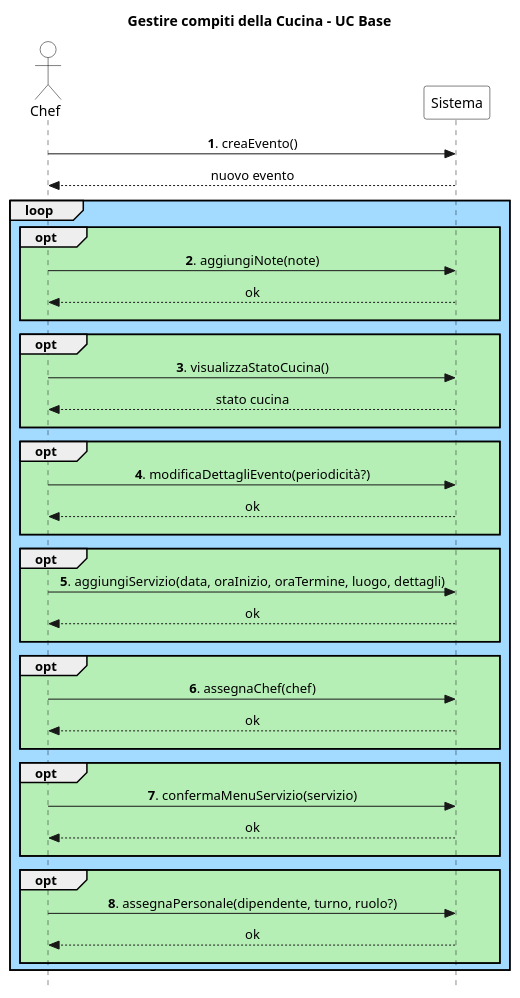
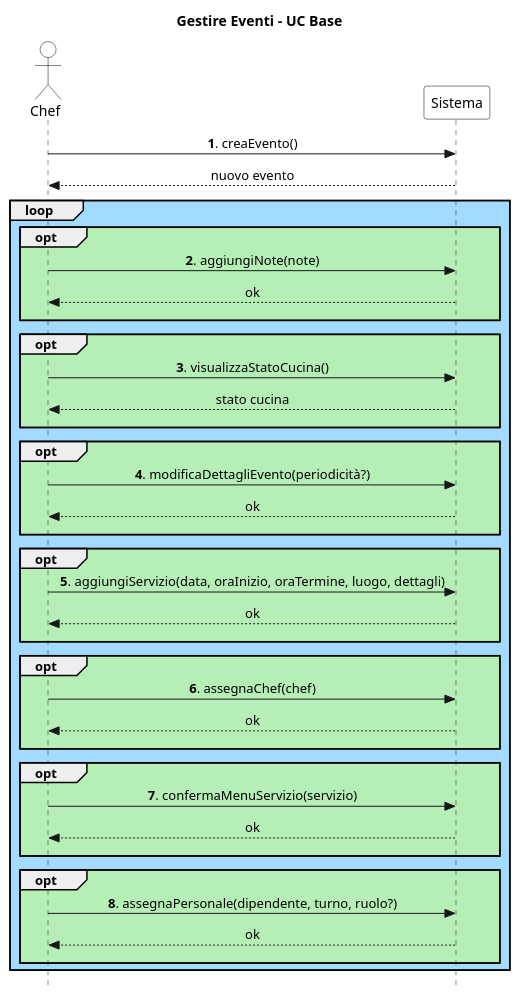
One commit to stefa168/sas-project changed the diagram in UP/Requisiti/UC Gestire Eventi/SSD/Base.puml. Above: the diagram before and after it, drawn with PlantUML. The commit also changed 5 other files, not shown here.

```diff
--- a/UP/Requisiti/UC Gestire Eventi/SSD/Base.puml
+++ b/UP/Requisiti/UC Gestire Eventi/SSD/Base.puml
@@ -1,63 +1,63 @@
 @startuml
 skinparam Style strictuml
 skinparam SequenceMessageAlign center
 
 skinparam sequence {
     ActorBorderColor Black
     ActorBackgroundColor White
     ParticipantBorderColor Black
     ParticipantBackgroundColor White
 }
 
 actor Chef
 participant Sistema
 
-title Gestire compiti della Cucina - UC Base
+title Gestire Eventi - UC Base
 
 Chef -> Sistema: **1**. creaEvento()
 return nuovo evento
 
 loop #a3daff
     opt #b6efb6
         Chef -> Sistema: **2**. aggiungiNote(note)
         return ok
         ||10||
     end
 
     opt #b6efb6
         Chef -> Sistema: **3**. visualizzaStatoCucina()
         return stato cucina
         ||10||
     end
 
     opt #b6efb6
         Chef -> Sistema: **4**. modificaDettagliEvento(periodicità?)
         return ok
         ||10||
     end
 
     opt #b6efb6
         Chef -> Sistema: **5**. aggiungiServizio(data, oraInizio, oraTermine, luogo, dettagli)
         return ok
         ||10||
     end
 
     opt #b6efb6
         Chef -> Sistema: **6**. assegnaChef(chef)
         return ok
         ||10||
     end
 
     opt #b6efb6
         Chef -> Sistema: **7**. confermaMenuServizio(servizio)
         return ok
         ||10||
     end
 
     opt #b6efb6
         Chef -> Sistema: **8**. assegnaPersonale(dipendente, turno, ruolo?)
         return ok
         ||10||
     end
 end
 @enduml
```
